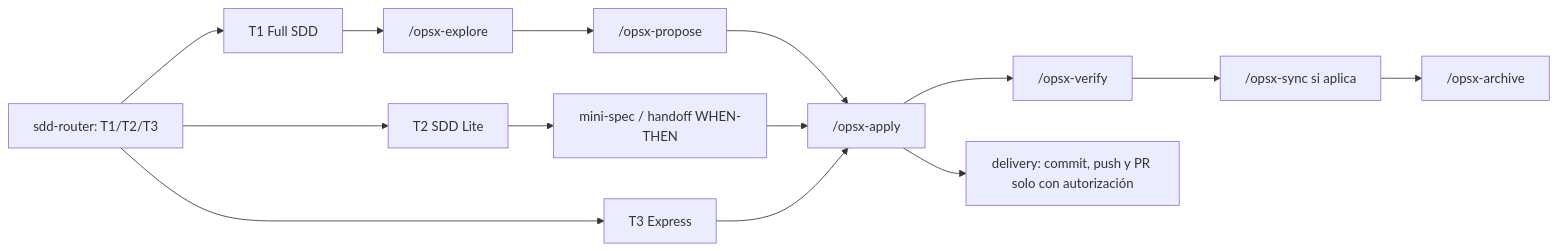
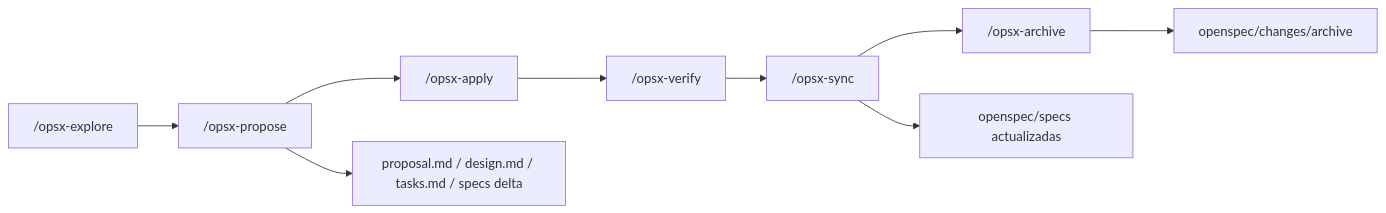
The third of 4 diagrams in README.md (adrotech/lufy-ai), drawn with Mermaid before and after one commit. The commit also changed other lines of this file, not shown here.

Commit message:
docs: improve README structure and diagrams

````diff
--- a/README.md
+++ b/README.md
@@ -155,16 +222,12 @@
 ```mermaid
 flowchart LR
-    R["sdd-router: T1/T2/T3"] --> T1["T1 Full SDD"]
-    R --> T2["T2 SDD Lite"]
-    R --> T3["T3 Express"]
-    T1 --> A["/opsx-explore"]
-    A --> B["/opsx-propose"]
-    B --> C["/opsx-apply"]
-    T2 --> L["mini-spec / handoff WHEN-THEN"]
-    L --> C
-    T3 --> C
-    C --> D["/opsx-verify"]
-    D --> E["/opsx-sync si aplica"]
-    E --> F["/opsx-archive"]
-    C --> G["delivery: commit, push y PR solo con autorización"]
+    E["/opsx-explore"] --> P["/opsx-propose"]
+    P --> A["/opsx-apply"]
+    A --> V["/opsx-verify"]
+    V --> S["/opsx-sync"]
+    S --> R["/opsx-archive"]
+
+    P --> D["proposal.md / design.md / tasks.md / specs delta"]
+    S --> M["openspec/specs actualizadas"]
+    R --> H["openspec/changes/archive"]
 ```
````
